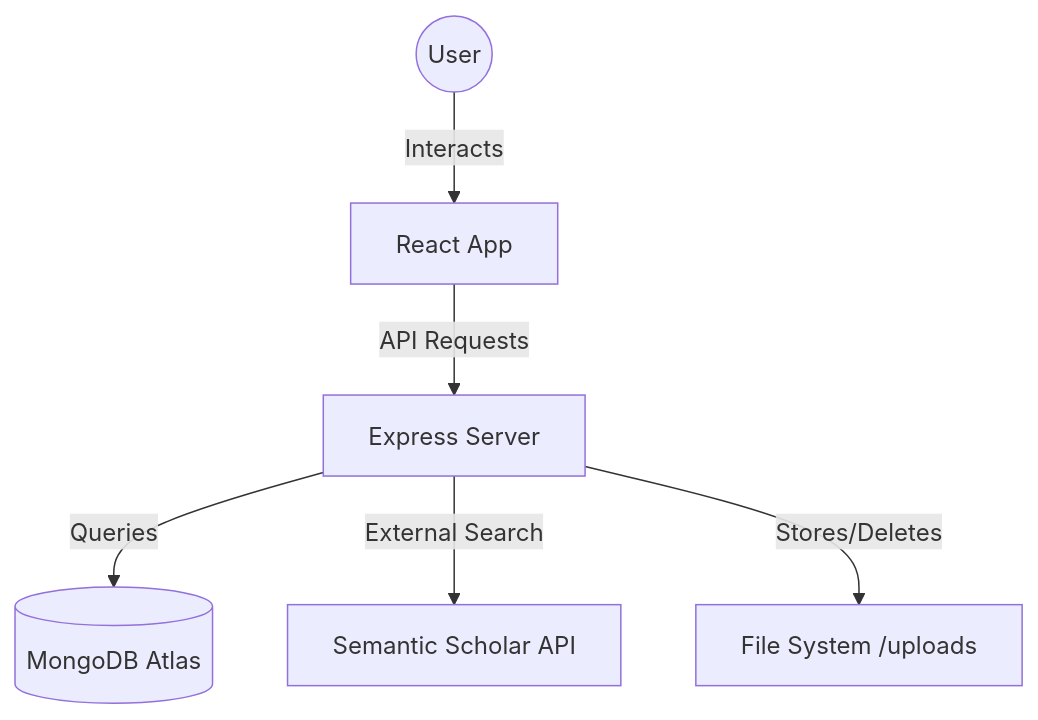
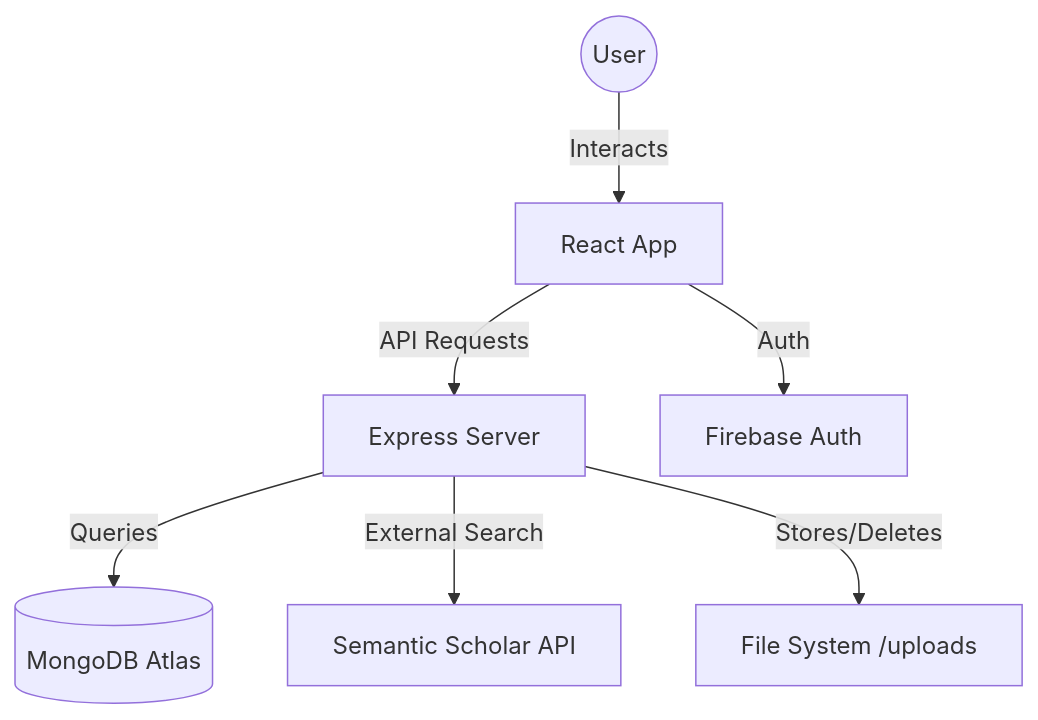
Before and after one commit to abhishek18-blog/Abstracts-researchHub: the first of 2 diagrams in documentation.md, drawn with Mermaid. The commit also changed other lines of this file and 4 other files, not shown here.

````diff
--- a/documentation.md
+++ b/documentation.md
@@ -29,8 +30,9 @@
 ```mermaid
 graph TD
     User((User)) -->|Interacts| Frontend[React App]
     Frontend -->|API Requests| Backend[Express Server]
     Backend -->|Queries| MongoDB[(MongoDB Atlas)]
     Backend -->|External Search| SemanticScholar[Semantic Scholar API]
     Backend -->|Stores/Deletes| Storage[File System /uploads]
+    Frontend -->|Auth| Firebase[Firebase Auth]
 ```
````
